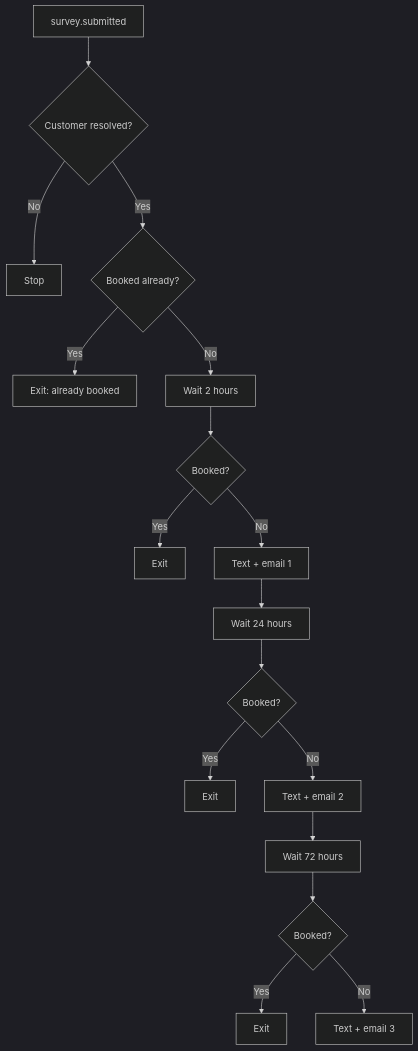
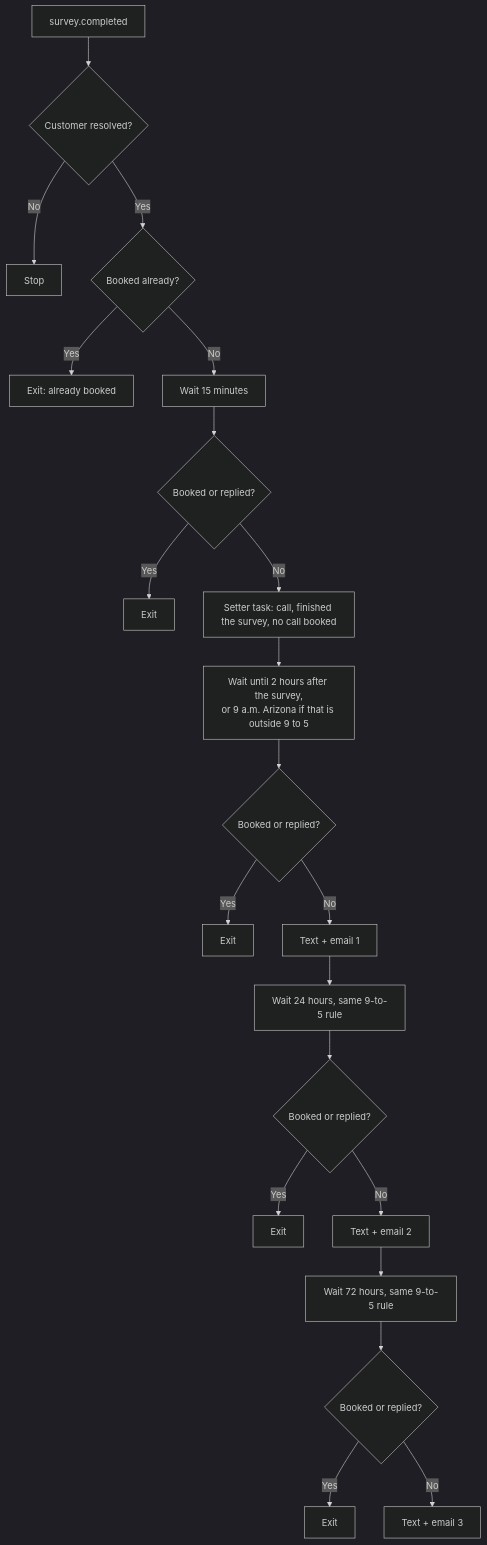
The second of 7 diagrams in docs/journeys/booking-notifications-flow.md (ZootimusMaximusSupreme/fundhub-platform), drawn with Mermaid (dark theme) before and after one commit. The commit also changed other lines of this file and 87 other files, not shown here.

First line of the commit message:
Fix the follow-up texts and emails from lead to booked call.

````diff
--- a/docs/journeys/booking-notifications-flow.md
+++ b/docs/journeys/booking-notifications-flow.md
@@ -126,19 +138,23 @@
 ```mermaid
 flowchart TD
-    S[survey.submitted] --> C{Customer resolved?}
+    S[survey.completed] --> C{Customer resolved?}
     C -->|No| STOP0[Stop]
     C -->|Yes| B0{Booked already?}
     B0 -->|Yes| E0[Exit: already booked]
-    B0 -->|No| W1[Wait 2 hours]
-    W1 --> B1{Booked?}
+    B0 -->|No| W0[Wait 15 minutes]
+    W0 --> B00{Booked or replied?}
+    B00 -->|Yes| E00[Exit]
+    B00 -->|No| TASK[Setter task: call, finished the survey, no call booked]
+    TASK --> W1[Wait until 2 hours after the survey,<br/>or 9 a.m. Arizona if that is outside 9 to 5]
+    W1 --> B1{Booked or replied?}
     B1 -->|Yes| E1[Exit]
     B1 -->|No| M1[Text + email 1]
-    M1 --> W2[Wait 24 hours]
-    W2 --> B2{Booked?}
+    M1 --> W2[Wait 24 hours, same 9-to-5 rule]
+    W2 --> B2{Booked or replied?}
     B2 -->|Yes| E2[Exit]
     B2 -->|No| M2[Text + email 2]
-    M2 --> W3[Wait 72 hours]
-    W3 --> B3{Booked?}
+    M2 --> W3[Wait 72 hours, same 9-to-5 rule]
+    W3 --> B3{Booked or replied?}
     B3 -->|Yes| E3[Exit]
     B3 -->|No| M3[Text + email 3]
 ```
````
